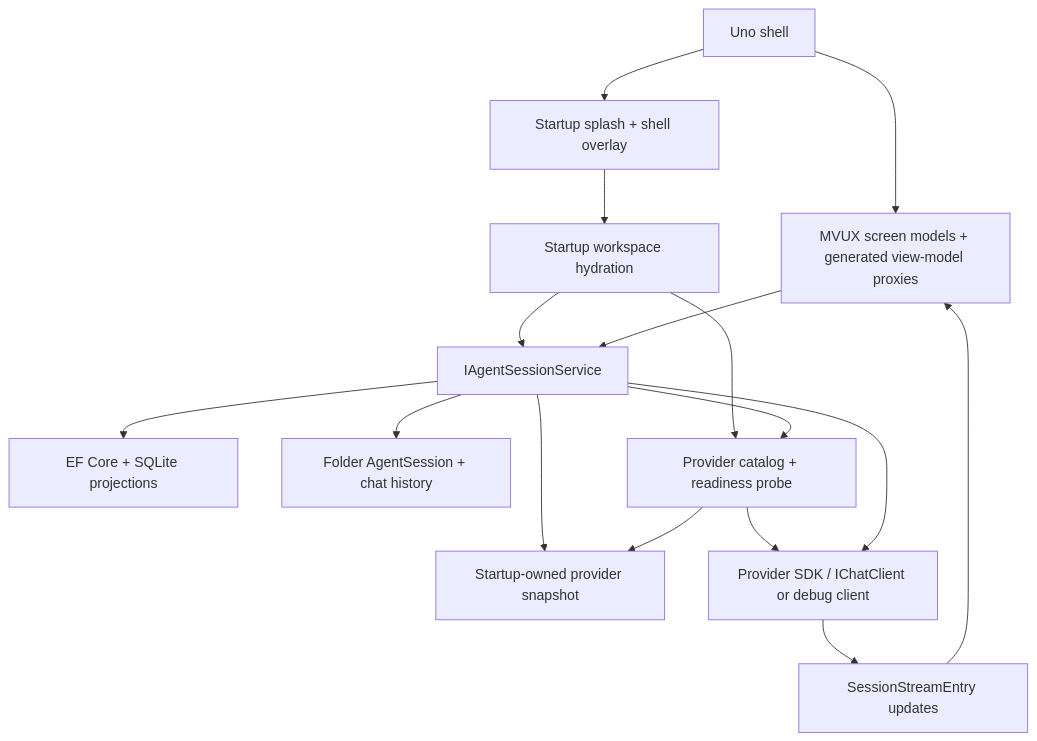
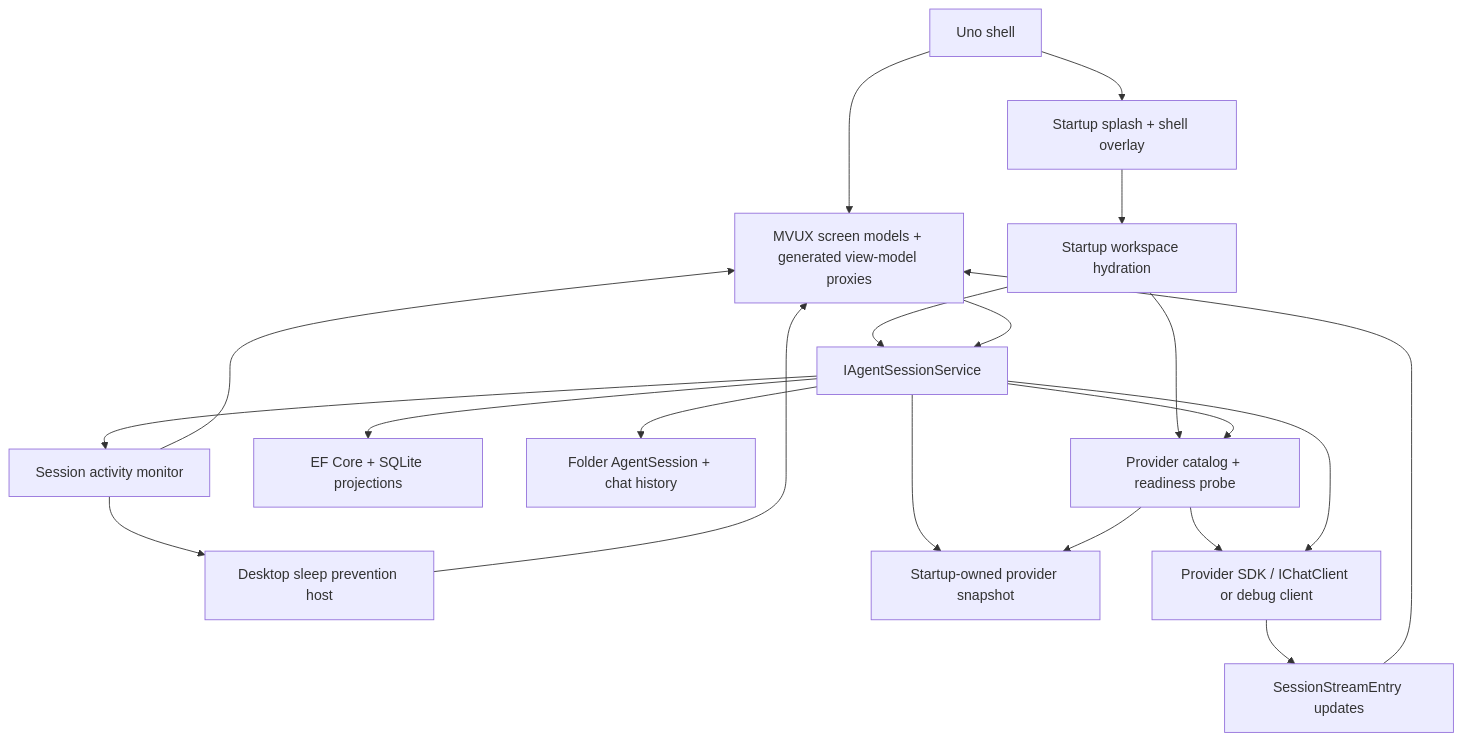
The third of 4 diagrams in docs/Architecture.md (managedcode/dotPilot), drawn with Mermaid before and after one commit. The commit also changed other lines of this file and 18 other files, not shown here.

Commit message:
Prevent desktop sleep during live sessions

````diff
--- a/docs/Architecture.md
+++ b/docs/Architecture.md
@@ -71,30 +72,36 @@
 ```mermaid
 flowchart TD
   Ui["Uno shell"]
   Splash["Startup splash + shell overlay"]
   ViewModels["MVUX screen models + generated view-model proxies"]
   Service["IAgentSessionService"]
   Hydration["Startup workspace hydration"]
+  LiveActivity["Session activity monitor"]
+  WakeLock["Desktop sleep prevention host"]
   ProjectionStore["EF Core + SQLite projections"]
   SessionStore["Folder AgentSession + chat history"]
   ProviderCatalog["Provider catalog + readiness probe"]
   ProviderSnapshot["Startup-owned provider snapshot"]
   ProviderClient["Provider SDK / IChatClient or debug client"]
   Stream["SessionStreamEntry updates"]
 
   Ui --> ViewModels
   Ui --> Splash
   Splash --> Hydration
   Hydration --> Service
   Hydration --> ProviderCatalog
   ViewModels --> Service
   Service --> ProjectionStore
   Service --> SessionStore
+  Service --> LiveActivity
   Service --> ProviderCatalog
   Service --> ProviderSnapshot
+  LiveActivity --> WakeLock
+  LiveActivity --> ViewModels
+  WakeLock --> ViewModels
   ProviderCatalog --> ProviderSnapshot
   ProviderCatalog --> ProviderClient
   Service --> ProviderClient
   ProviderClient --> Stream
   Stream --> ViewModels
 ```
````
